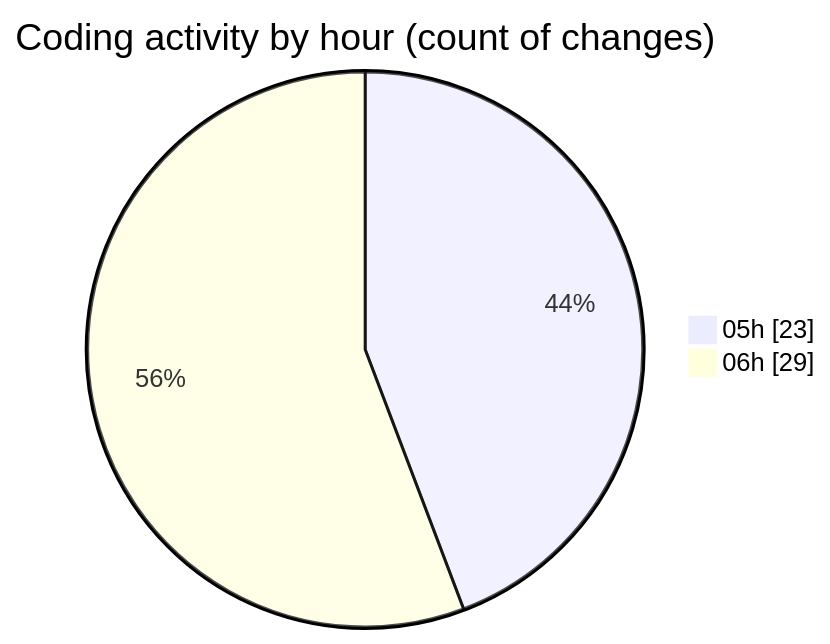
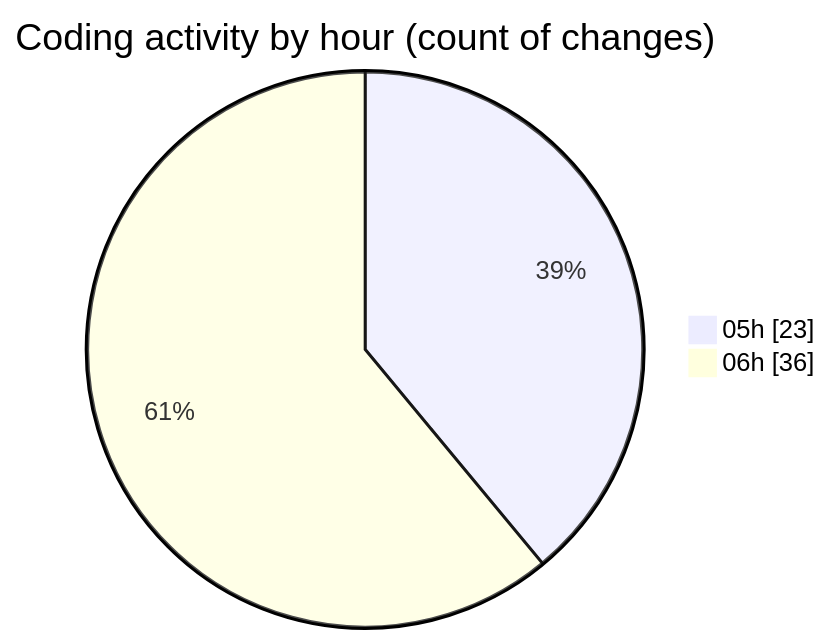
The second of 2 diagrams in 2025-05-21/fixme24/README.md (FixMe24/code-tracking), drawn with Mermaid before and after one commit. The commit also changed other lines of this file and 1 other file, not shown here.

````diff
--- a/2025-05-21/fixme24/README.md
+++ b/2025-05-21/fixme24/README.md
@@ -52,6 +56,6 @@
 ```mermaid
 pie showData
 title Coding activity by hour (count of changes)
 "05h" : 23
-"06h" : 29
+"06h" : 36
 ```
````
